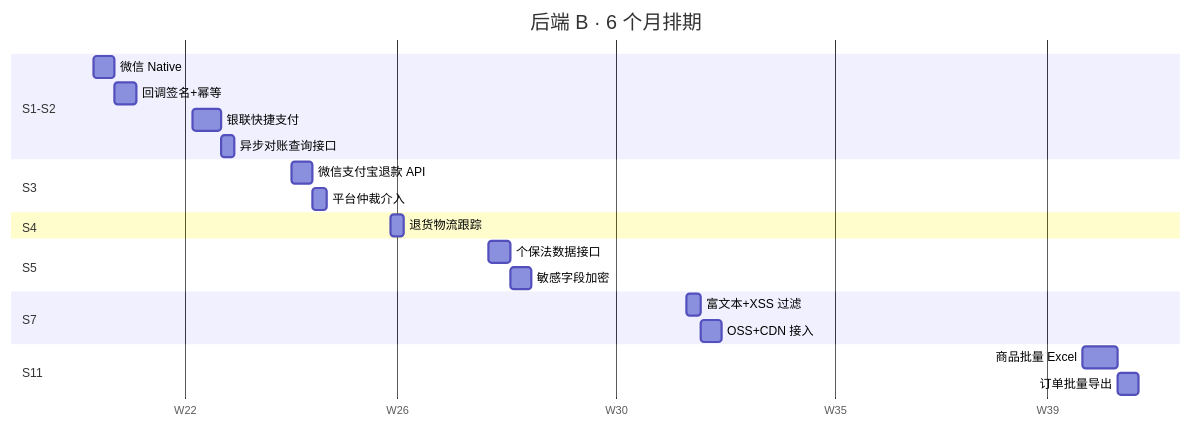
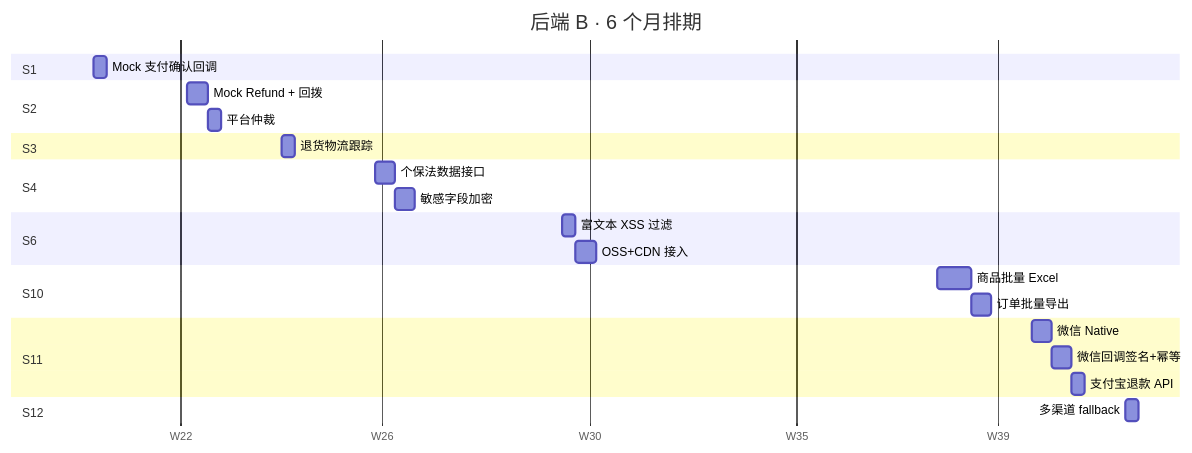
The second of 7 diagrams in planning/q1q2_tracking.md (carter4cn/yw-mall-docs), drawn with Mermaid before and after one commit. The commit also changed other lines of this file and 1 other file, not shown here.

First line of the commit message:
refactor(planning): 真实支付通道延后到 S11-S12，前期用 Mock

````diff
--- a/planning/q1q2_tracking.md
+++ b/planning/q1q2_tracking.md
@@ -248,25 +264,28 @@
 ```mermaid
 gantt
     title 后端 B · 6 个月排期
     dateFormat YYYY-MM-DD
     axisFormat W%U
-    section S1-S2
-    微信 Native           :b11, 2026-05-19, 3d
-    回调签名+幂等         :b12, after b11, 3d
-    银联快捷支付          :b21, 2026-06-02, 4d
-    异步对账查询接口      :b22, after b21, 2d
+    section S1
+    Mock 支付确认回调     :b11, 2026-05-19, 2d
+    section S2
+    Mock Refund + 回拨    :b21, 2026-06-02, 3d
+    平台仲裁              :b22, after b21, 2d
     section S3
-    微信支付宝退款 API    :b31, 2026-06-16, 3d
-    平台仲裁介入          :b32, after b31, 2d
+    退货物流跟踪          :b31, 2026-06-16, 2d
     section S4
-    退货物流跟踪          :b41, 2026-06-30, 2d
-    section S5
-    个保法数据接口        :b51, 2026-07-14, 3d
-    敏感字段加密          :b52, after b51, 3d
-    section S7
-    富文本+XSS 过滤       :b71, 2026-08-11, 2d
-    OSS+CDN 接入          :b72, after b71, 3d
+    个保法数据接口        :b41, 2026-06-30, 3d
+    敏感字段加密          :b42, after b41, 3d
+    section S6
+    富文本 XSS 过滤       :b61, 2026-07-28, 2d
+    OSS+CDN 接入          :b62, after b61, 3d
+    section S10
+    商品批量 Excel        :b101, 2026-09-22, 5d
+    订单批量导出          :b102, after b101, 3d
     section S11
-    商品批量 Excel        :b111, 2026-10-06, 5d
-    订单批量导出          :b112, after b111, 3d
+    微信 Native           :b111, 2026-10-06, 3d
+    微信回调签名+幂等     :b112, after b111, 3d
+    支付宝退款 API        :b113, after b112, 2d
+    section S12
+    多渠道 fallback       :b121, 2026-10-20, 2d
 ```
````
